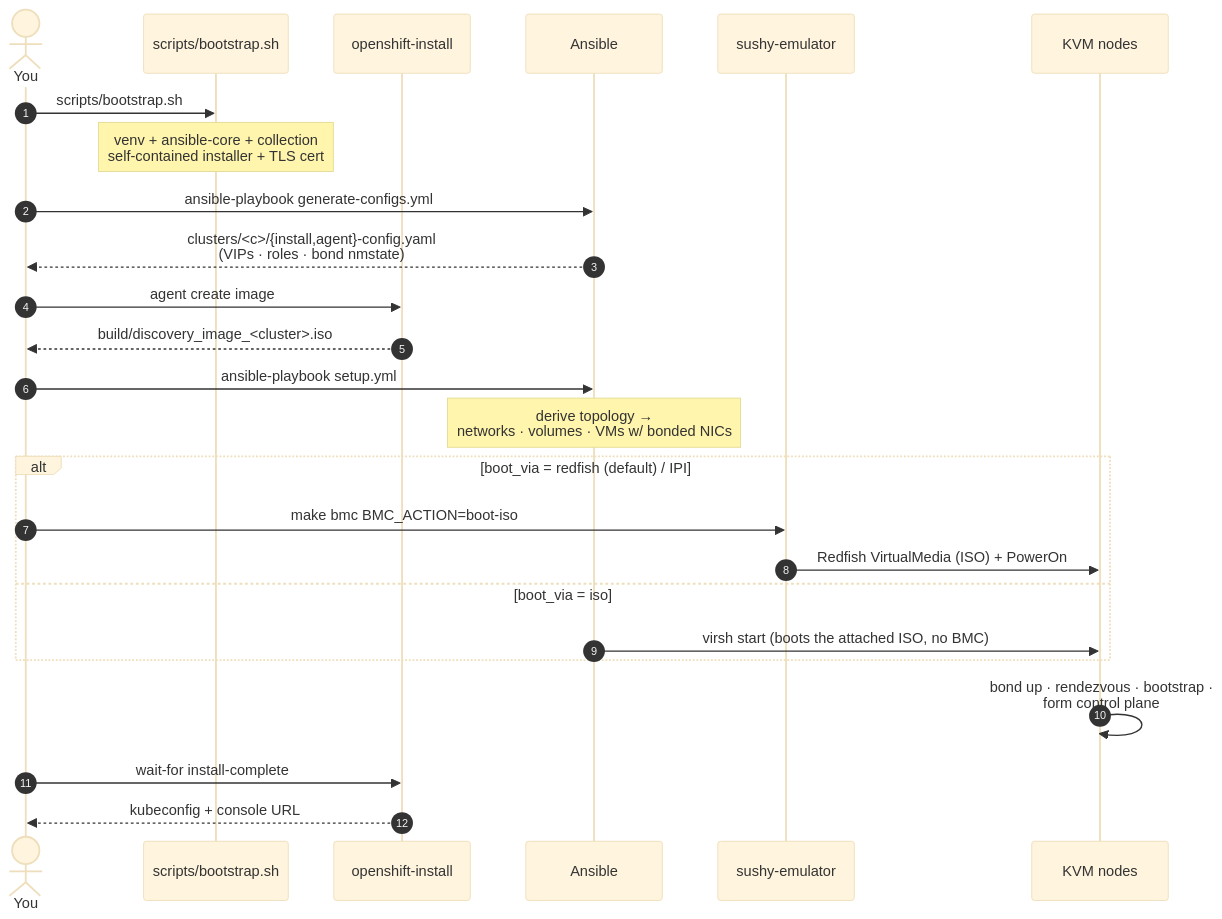
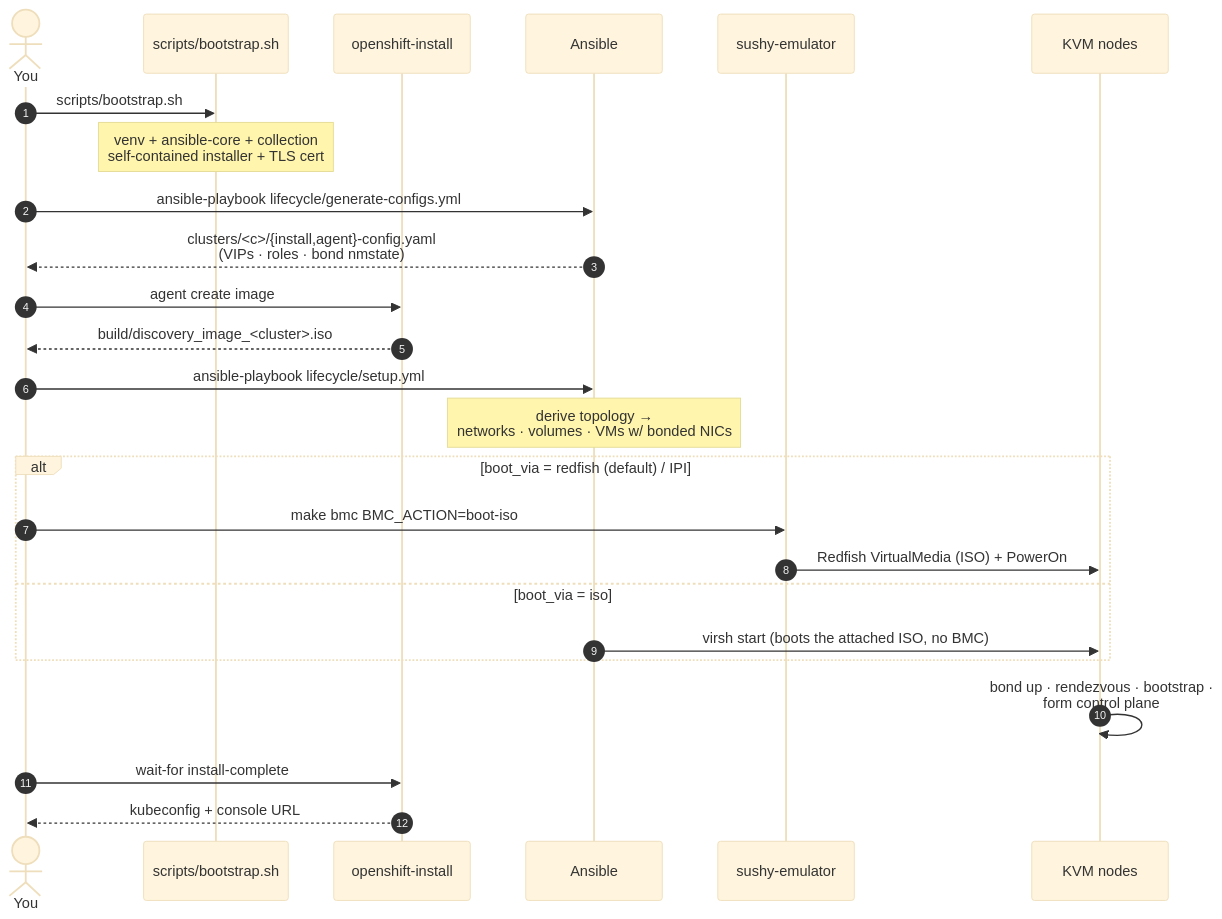
The fourth of 10 diagrams in docs/architecture.md (maci0/vmetal-openshift), drawn with Mermaid (base theme) before and after one commit. The commit also changed 29 other files, not shown here.

First line of the commit message:
ansible: group playbooks into lifecycle/ day2/ appliances/

````diff
--- a/docs/architecture.md
+++ b/docs/architecture.md
@@ -187,32 +187,32 @@
 ```mermaid
 sequenceDiagram
   autonumber
   actor U as You
   participant B as scripts/bootstrap.sh
   participant OI as openshift-install
   participant A as Ansible
   participant S as sushy-emulator
   participant N as KVM nodes
 
   U->>B: scripts/bootstrap.sh
   Note over B: venv + ansible-core + collection<br/>self-contained installer + TLS cert
 
-  U->>A: ansible-playbook generate-configs.yml
+  U->>A: ansible-playbook lifecycle/generate-configs.yml
   A-->>U: clusters/<c>/{install,agent}-config.yaml<br/>(VIPs · roles · bond nmstate)
   U->>OI: agent create image
   OI-->>U: build/discovery_image_<cluster>.iso
 
-  U->>A: ansible-playbook setup.yml
+  U->>A: ansible-playbook lifecycle/setup.yml
   Note over A: derive topology →<br/>networks · volumes · VMs w/ bonded NICs
 
   alt boot_via = redfish (default) / IPI
     U->>S: make bmc BMC_ACTION=boot-iso
     S->>N: Redfish VirtualMedia (ISO) + PowerOn
   else boot_via = iso
     A->>N: virsh start (boots the attached ISO, no BMC)
   end
 
   N->>N: bond up · rendezvous · bootstrap ·<br/>form control plane
   U->>OI: wait-for install-complete
   OI-->>U: kubeconfig + console URL
 ```
````
